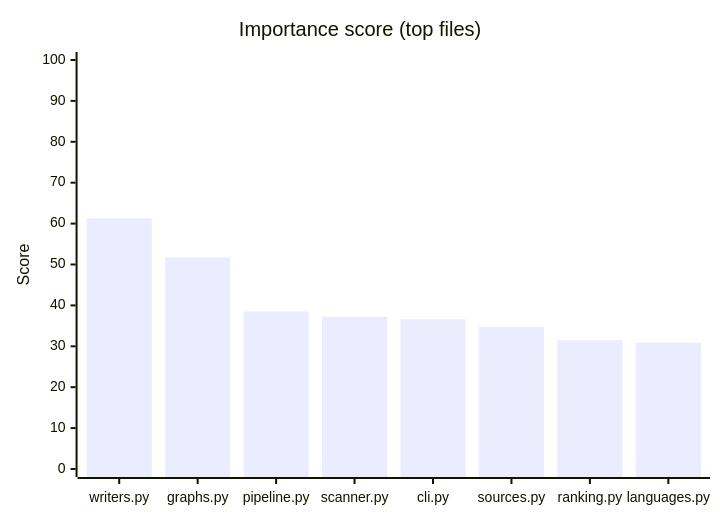
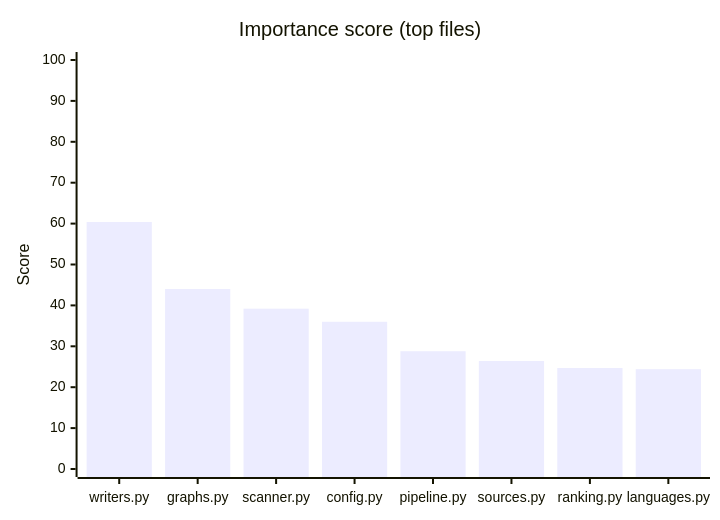
The first of 2 diagrams in docs/index.md (hhleroy97/repo-scan), drawn with Mermaid before and after one commit. The commit also changed other lines of this file and 22 other files, not shown here.

````diff
--- a/docs/index.md
+++ b/docs/index.md
@@ -52,7 +52,7 @@
 ```mermaid
 xychart-beta
     title "Importance score (top files)"
-    x-axis ["writers.py", "graphs.py", "pipeline.py", "scanner.py", "cli.py", "sources.py", "ranking.py", "languages.py"]
+    x-axis ["writers.py", "graphs.py", "scanner.py", "config.py", "pipeline.py", "sources.py", "ranking.py", "languages.py"]
     y-axis "Score" 0 --> 100
-    bar [61.3, 51.7, 38.5, 37.2, 36.6, 34.7, 31.5, 30.9]
+    bar [60.4, 44, 39.2, 36, 28.8, 26.4, 24.7, 24.4]
 ```
````
